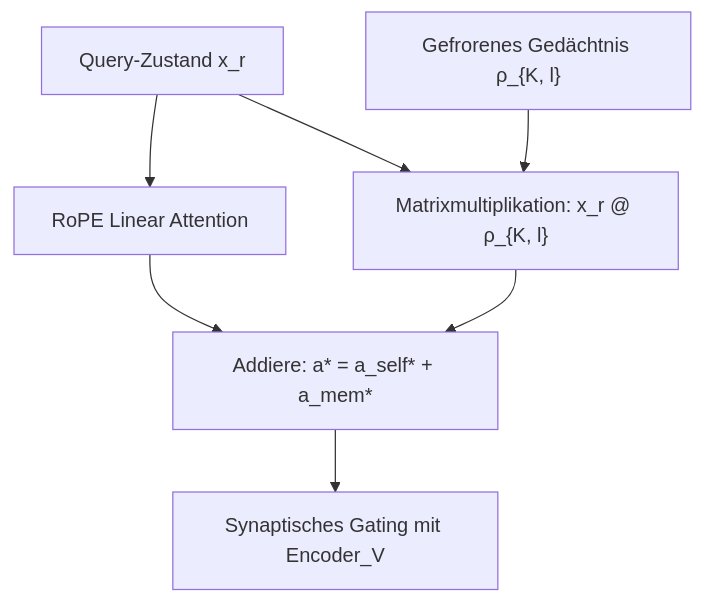
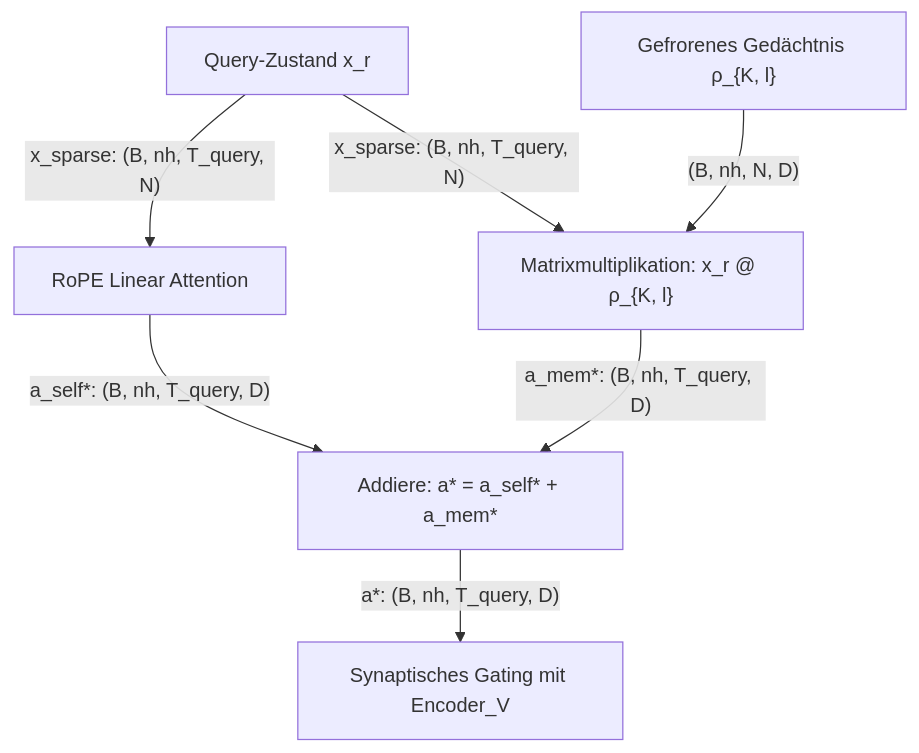
Before and after one commit to eberlful/BDH: the second of 2 diagrams in docs/obsidian/BDH/Konzepte/Assoziatives Gedächtnis & Fast-Weights.md, drawn with Mermaid. The commit also changed other lines of this file and 14 other files, not shown here.

````diff
--- a/docs/obsidian/BDH/Konzepte/Assoziatives Gedächtnis & Fast-Weights.md
+++ b/docs/obsidian/BDH/Konzepte/Assoziatives Gedächtnis & Fast-Weights.md
@@ -68,10 +66,10 @@
 ```mermaid
 graph TD
-    Query["Query-Zustand x_r"] --> SelfAttn["RoPE Linear Attention"]
-    Query --> MatMul["Matrixmultiplikation: x_r @ ρ_{K, l}"]
-    Rho["Gefrorenes Gedächtnis ρ_{K, l}"] --> MatMul
+    Query["Query-Zustand x_r"] -->|"x_sparse: (B, nh, T_query, N)"| SelfAttn["RoPE Linear Attention"]
+    Query -->|"x_sparse: (B, nh, T_query, N)"| MatMul["Matrixmultiplikation: x_r @ ρ_{K, l}"]
+    Rho["Gefrorenes Gedächtnis ρ_{K, l}"] -->|"(B, nh, N, D)"| MatMul
     
-    SelfAttn --> Combine["Addiere: a* = a_self* + a_mem*"]
-    MatMul --> Combine
-    Combine --> Gating["Synaptisches Gating mit Encoder_V"]
+    SelfAttn -->|"a_self*: (B, nh, T_query, D)"| Combine["Addiere: a* = a_self* + a_mem*"]
+    MatMul -->|"a_mem*: (B, nh, T_query, D)"| Combine
+    Combine -->|"a*: (B, nh, T_query, D)"| Gating["Synaptisches Gating mit Encoder_V"]
 ```
````
